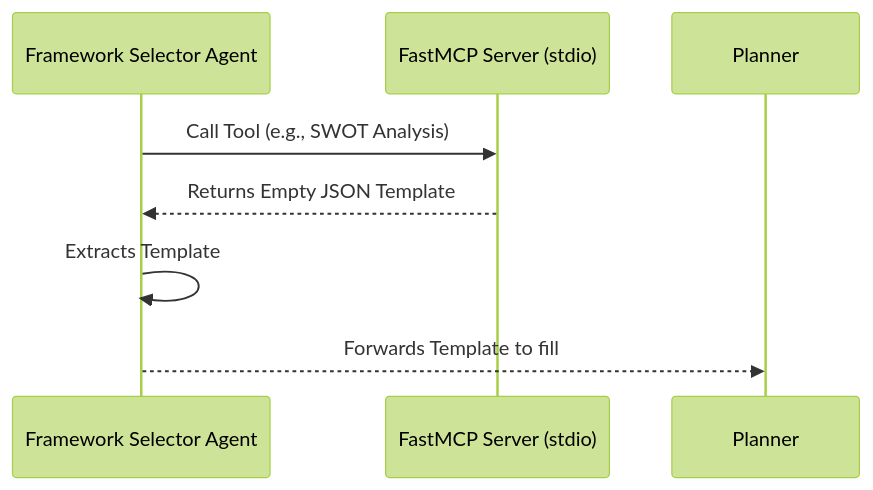
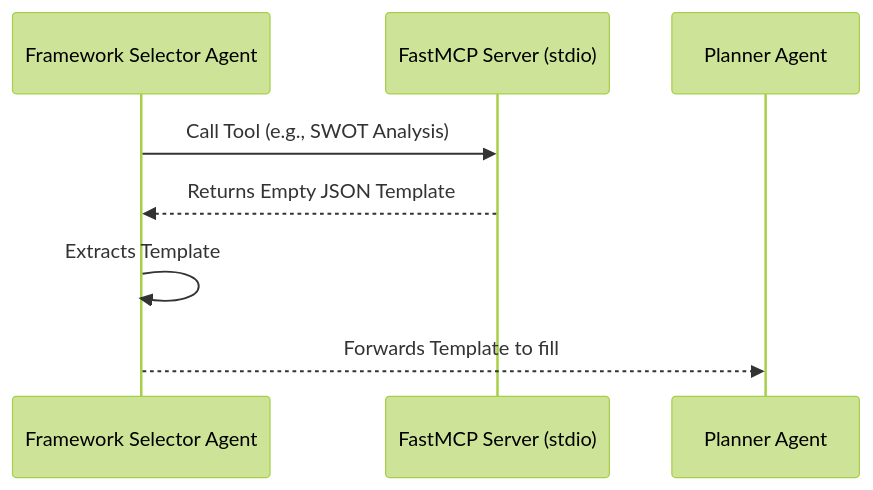
Before and after one commit to Ashphysics/thinkflow-studio: the diagram in docs/architecture/mcp_communication.md, drawn with Mermaid (forest theme). The commit also changed other lines of this file and 35 other files, not shown here.

````diff
--- a/docs/architecture/mcp_communication.md
+++ b/docs/architecture/mcp_communication.md
@@ -5,10 +8,11 @@
 ```mermaid
 sequenceDiagram
     participant FS as Framework Selector Agent
     participant MCP as FastMCP Server (stdio)
+    participant Planner as Planner Agent
     
     FS->>MCP: Call Tool (e.g., SWOT Analysis)
     MCP-->>FS: Returns Empty JSON Template
     FS->>FS: Extracts Template
     FS-->>Planner: Forwards Template to fill
 ```
````
